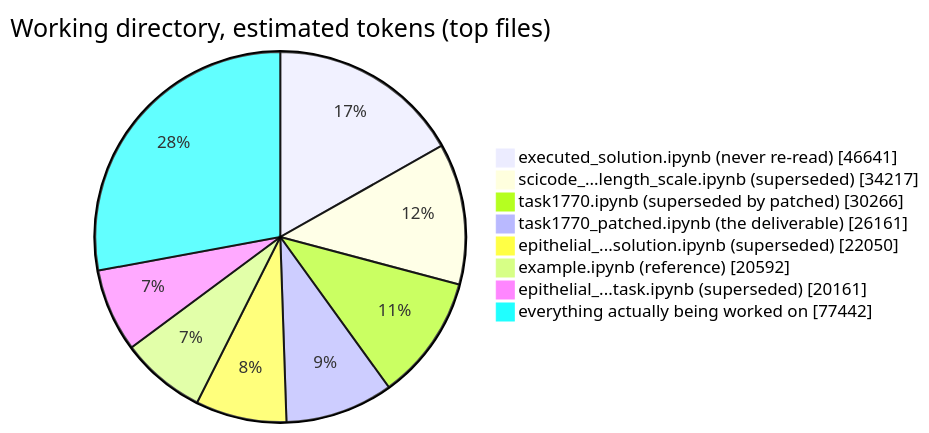
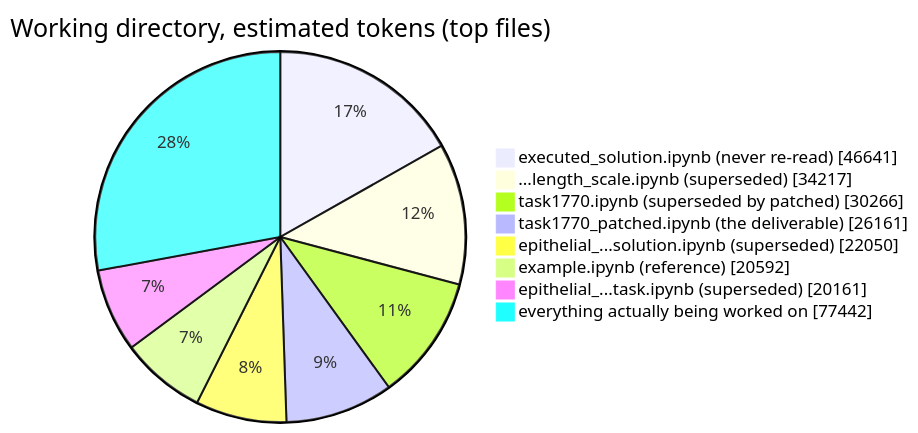
The second of 5 diagrams in docs/00-diagrams.md (Purva-21/claude-session-limit-mitigation), drawn with Mermaid before and after one commit. The commit also changed 4 other files, not shown here.

````diff
--- a/docs/00-diagrams.md
+++ b/docs/00-diagrams.md
@@ -47,12 +47,12 @@
 ```mermaid
 pie showData
     title Working directory, estimated tokens (top files)
     "executed_solution.ipynb (never re-read)" : 46641
-    "scicode_...length_scale.ipynb (superseded)" : 34217
+    "...length_scale.ipynb (superseded)" : 34217
     "task1770.ipynb (superseded by patched)" : 30266
     "task1770_patched.ipynb (the deliverable)" : 26161
     "epithelial_...solution.ipynb (superseded)" : 22050
     "example.ipynb (reference)" : 20592
     "epithelial_...task.ipynb (superseded)" : 20161
     "everything actually being worked on" : 77442
 ```
````
